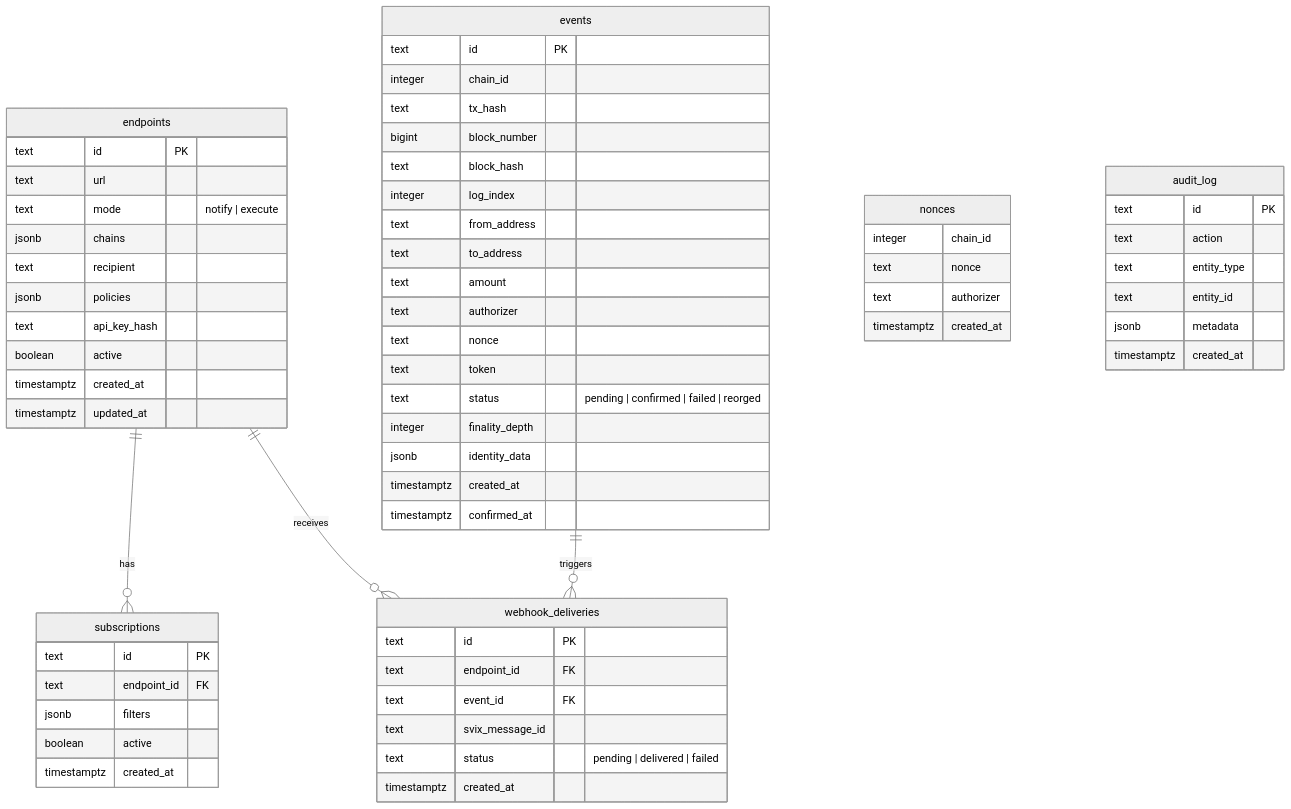
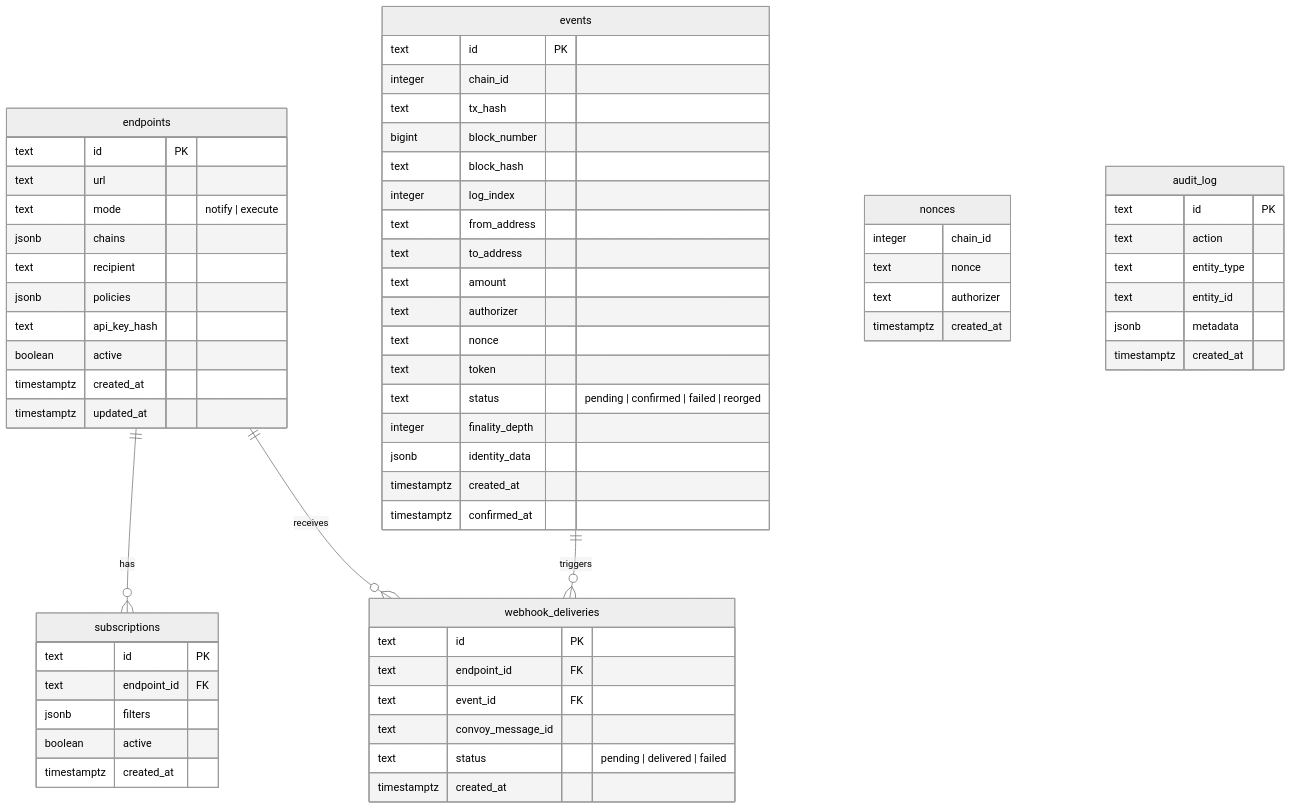
Before and after one commit to sonu96/TripWire: the ninth of 10 diagrams in docs/architecture/overview.md, drawn with Mermaid (neutral theme). The commit also changed other lines of this file and 33 other files, not shown here.

First line of the commit message:
Replace Svix with Convoy self-hosted + direct httpx fast path

````diff
--- a/docs/architecture/overview.md
+++ b/docs/architecture/overview.md
@@ -716,72 +716,72 @@
 ```mermaid
 erDiagram
     endpoints ||--o{ subscriptions : "has"
     endpoints ||--o{ webhook_deliveries : "receives"
     events ||--o{ webhook_deliveries : "triggers"
 
     endpoints {
         text id PK
         text url
         text mode "notify | execute"
         jsonb chains
         text recipient
         jsonb policies
         text api_key_hash
         boolean active
         timestamptz created_at
         timestamptz updated_at
     }
 
     subscriptions {
         text id PK
         text endpoint_id FK
         jsonb filters
         boolean active
         timestamptz created_at
     }
 
     events {
         text id PK
         integer chain_id
         text tx_hash
         bigint block_number
         text block_hash
         integer log_index
         text from_address
         text to_address
         text amount
         text authorizer
         text nonce
         text token
         text status "pending | confirmed | failed | reorged"
         integer finality_depth
         jsonb identity_data
         timestamptz created_at
         timestamptz confirmed_at
     }
 
     nonces {
         integer chain_id
         text nonce
         text authorizer
         timestamptz created_at
     }
 
     webhook_deliveries {
         text id PK
         text endpoint_id FK
         text event_id FK
-        text svix_message_id
+        text convoy_message_id
         text status "pending | delivered | failed"
         timestamptz created_at
     }
 
     audit_log {
         text id PK
         text action
         text entity_type
         text entity_id
         jsonb metadata
         timestamptz created_at
     }
 ```
````
